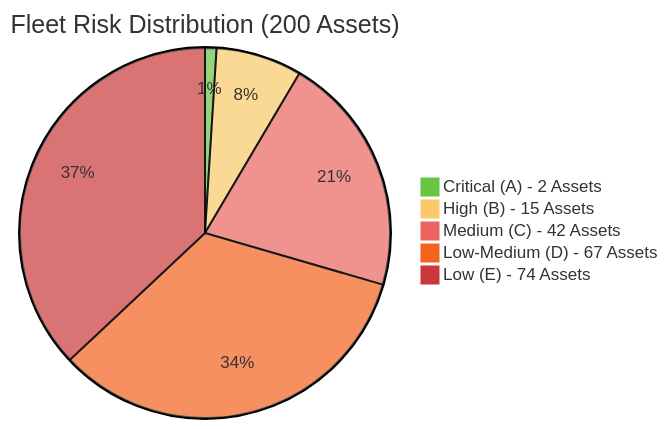
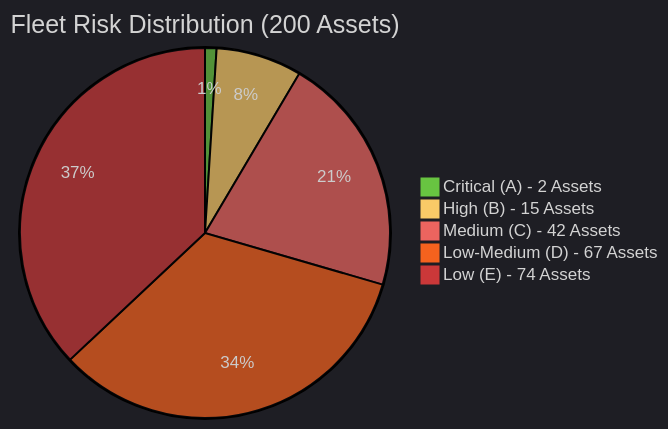
Before and after one commit to StephanieHepp/Risk-Assessment: the first of 4 diagrams in risk_assessment_report/monthly_report_otto_argos_style.md, drawn with Mermaid.

````diff
--- a/risk_assessment_report/monthly_report_otto_argos_style.md
+++ b/risk_assessment_report/monthly_report_otto_argos_style.md
@@ -14,9 +14,9 @@
 ```mermaid
-%%{init: {'theme':'base', 'themeVariables': {'pie5':'#CB3839', 'pie4':'#F5621E', 'pie3':'#EB645F', 'pie2':'#F9CA67','pie1':'#68C441','primaryTextColor':'#333', 'primaryBorderColor':'#ddd'}}}%%
+%%{init: {'theme':'dark', 'themeVariables': {'pie5':'#CB3839', 'pie4':'#F5621E', 'pie3':'#EB645F', 'pie2':'#F9CA67','pie1':'#68C441','primaryTextColor':'#333', 'primaryBorderColor':'#ddd'}}}%%
 pie title Fleet Risk Distribution (200 Assets)
     "Critical (A) - 2 Assets" : 2
     "High (B) - 15 Assets" : 15
     "Medium (C) - 42 Assets" : 42
     "Low-Medium (D) - 67 Assets" : 67
     "Low (E) - 74 Assets" : 74
 ```
````
